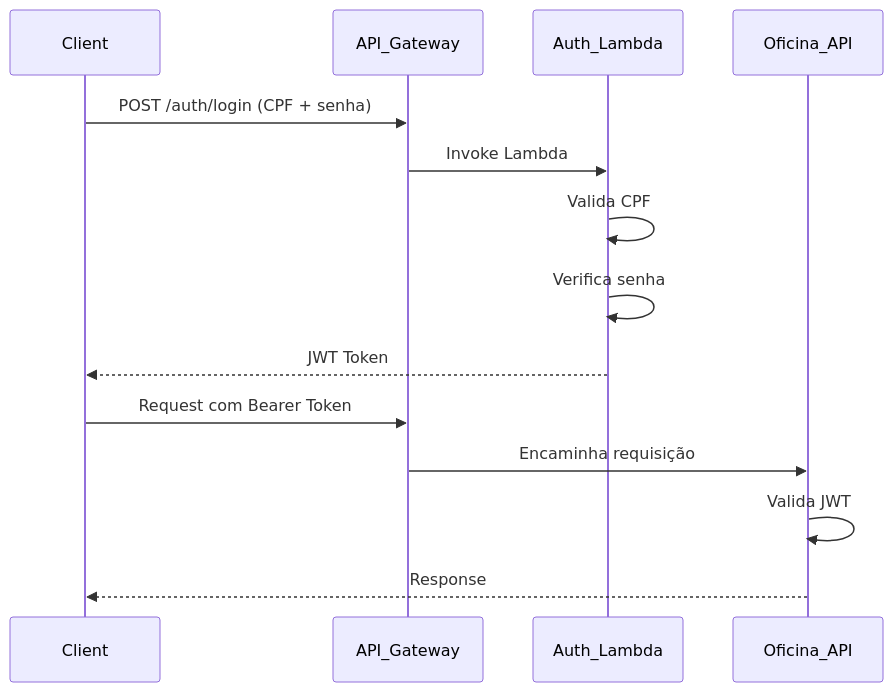
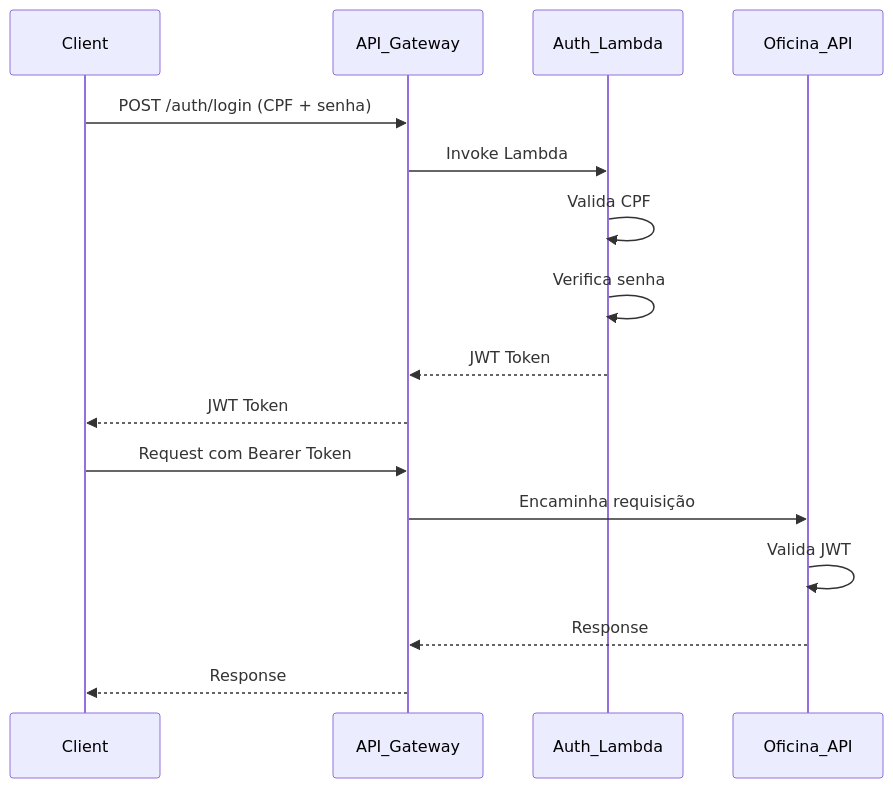
The diagram in README.md (soat13/ms-oficina), drawn with Mermaid before and after one commit.

Commit message:
fix: correct sequence diagram flow in README

````diff
--- a/README.md
+++ b/README.md
@@ -178,19 +178,21 @@
 ```mermaid
 sequenceDiagram
     participant Client
     participant API_Gateway
     participant Auth_Lambda
     participant Oficina_API
 
     Client->>API_Gateway: POST /auth/login (CPF + senha)
 
     API_Gateway->>Auth_Lambda: Invoke Lambda
     Auth_Lambda->>Auth_Lambda: Valida CPF
     Auth_Lambda->>Auth_Lambda: Verifica senha
-    Auth_Lambda-->>Client: JWT Token
+    Auth_Lambda-->>API_Gateway: JWT Token
+    API_Gateway-->>Client: JWT Token
 
     Client->>API_Gateway: Request com Bearer Token
     API_Gateway->>Oficina_API: Encaminha requisição
     Oficina_API->>Oficina_API: Valida JWT
-    Oficina_API-->>Client: Response
+    Oficina_API-->>API_Gateway: Response
+    API_Gateway-->>Client: Response
 ```
````
